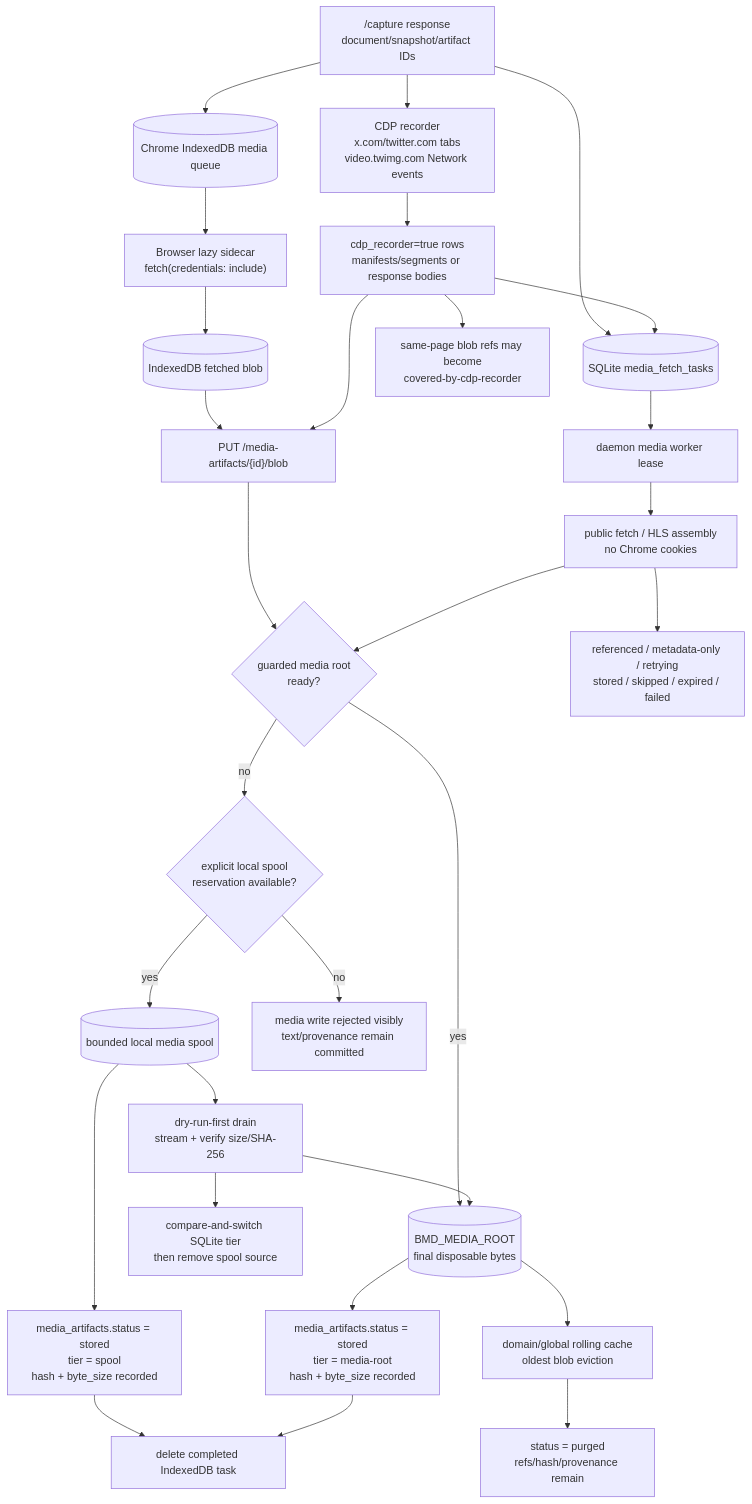
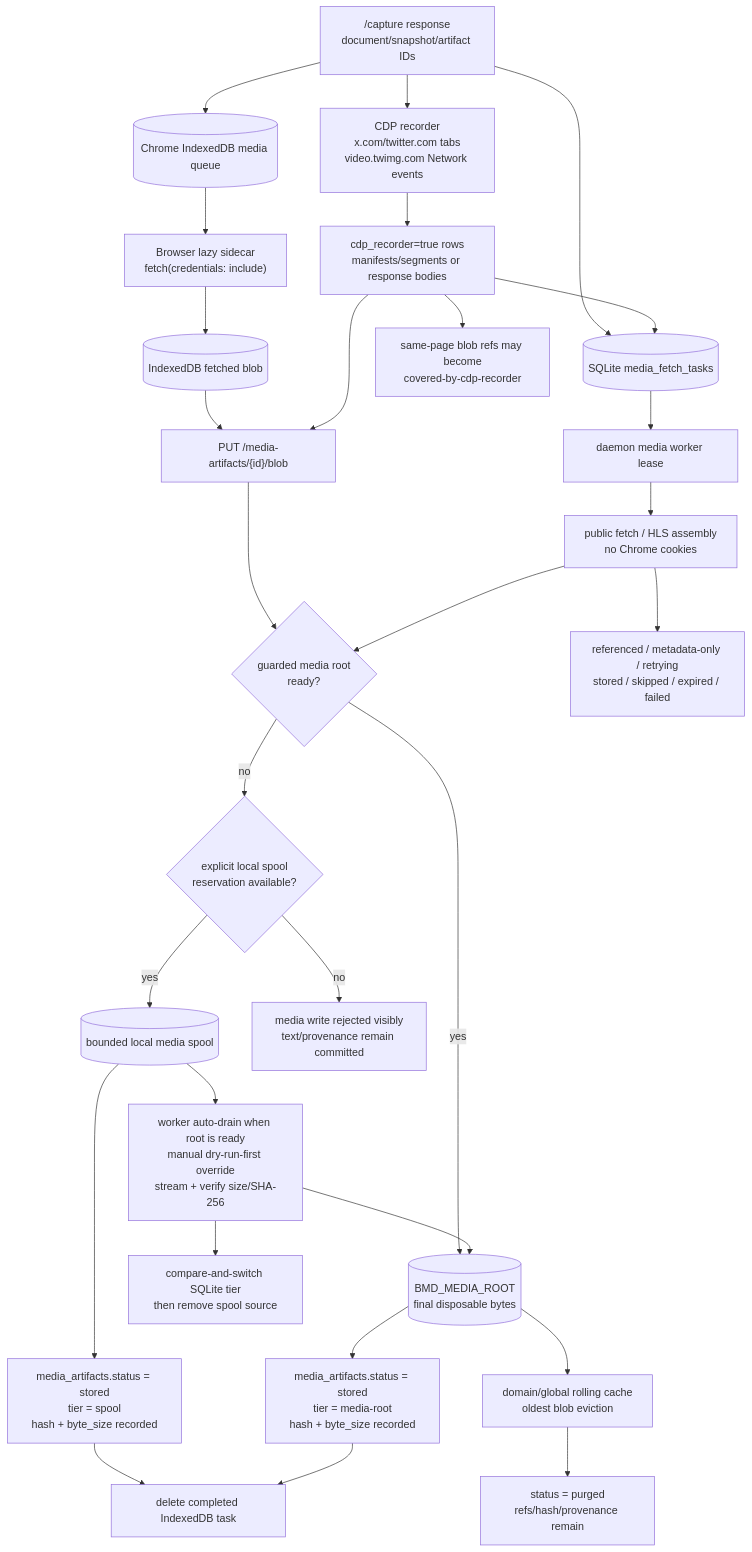
One commit to michaelnicks0/browser-memory-daemon changed the fourth of 8 diagrams in docs/DIAGRAMS.md. Above: the diagram before and after it, drawn with Mermaid. The commit also changed other lines of this file and 331 other files, not shown here.

Commit message:
docs: refresh architecture and publish surfaces

````diff
--- a/docs/DIAGRAMS.md
+++ b/docs/DIAGRAMS.md
@@ -109,35 +109,35 @@
 ```mermaid
 flowchart TB
   CaptureResult["/capture response<br/>document/snapshot/artifact IDs"] --> BrowserQueue[("Chrome IndexedDB media queue")]
   CaptureResult --> DaemonTasks[("SQLite media_fetch_tasks")]
   CaptureResult --> CDP["CDP recorder<br/>x.com/twitter.com tabs<br/>video.twimg.com Network events"]
 
   BrowserQueue --> BrowserFetch["Browser lazy sidecar<br/>fetch(credentials: include)"]
   BrowserFetch --> BrowserBlob[("IndexedDB fetched blob")]
   BrowserBlob --> RawPut["PUT /media-artifacts/{id}/blob"]
   RawPut --> RootReady{"guarded media root<br/>ready?"}
   RootReady -->|"yes"| MediaBlobs[("BMD_MEDIA_ROOT<br/>final disposable bytes")]
   RootReady -->|"no"| SpoolReady{"explicit local spool<br/>reservation available?"}
   SpoolReady -->|"yes"| MediaSpool[("bounded local media spool")]
   SpoolReady -->|"no"| MediaUnavailable["media write rejected visibly<br/>text/provenance remain committed"]
   MediaBlobs --> Stored["media_artifacts.status = stored<br/>tier = media-root<br/>hash + byte_size recorded"]
   MediaSpool --> Spooled["media_artifacts.status = stored<br/>tier = spool<br/>hash + byte_size recorded"]
   Spooled --> BrowserDone
   Stored --> BrowserDone["delete completed IndexedDB task"]
 
   CDP --> CdpRows["cdp_recorder=true rows<br/>manifests/segments or response bodies"]
   CdpRows --> RawPut
   CdpRows --> DaemonTasks
   CdpRows --> Covered["same-page blob refs may become<br/>covered-by-cdp-recorder"]
 
   DaemonTasks --> Lease["daemon media worker lease"]
   Lease --> PublicFetch["public fetch / HLS assembly<br/>no Chrome cookies"]
   PublicFetch --> RootReady
   PublicFetch --> Classified["referenced / metadata-only / retrying<br/>stored / skipped / expired / failed"]
 
   MediaBlobs --> Rolling["domain/global rolling cache<br/>oldest blob eviction"]
-  MediaSpool --> Drain["dry-run-first drain<br/>stream + verify size/SHA-256"]
+  MediaSpool --> Drain["worker auto-drain when root is ready<br/>manual dry-run-first override<br/>stream + verify size/SHA-256"]
   Drain --> MediaBlobs
   Drain --> TierSwitch["compare-and-switch SQLite tier<br/>then remove spool source"]
   Rolling --> Purged["status = purged<br/>refs/hash/provenance remain"]
 ```
````
